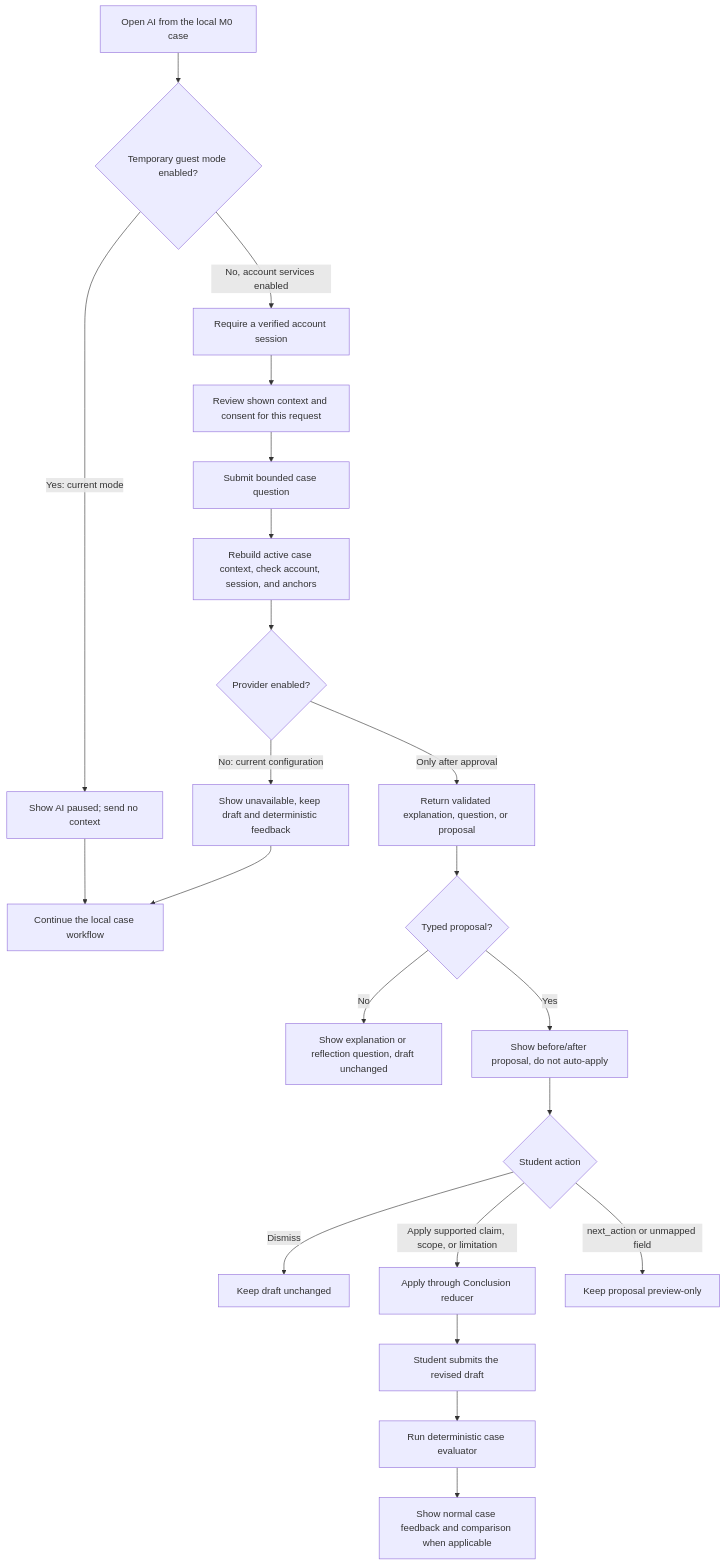
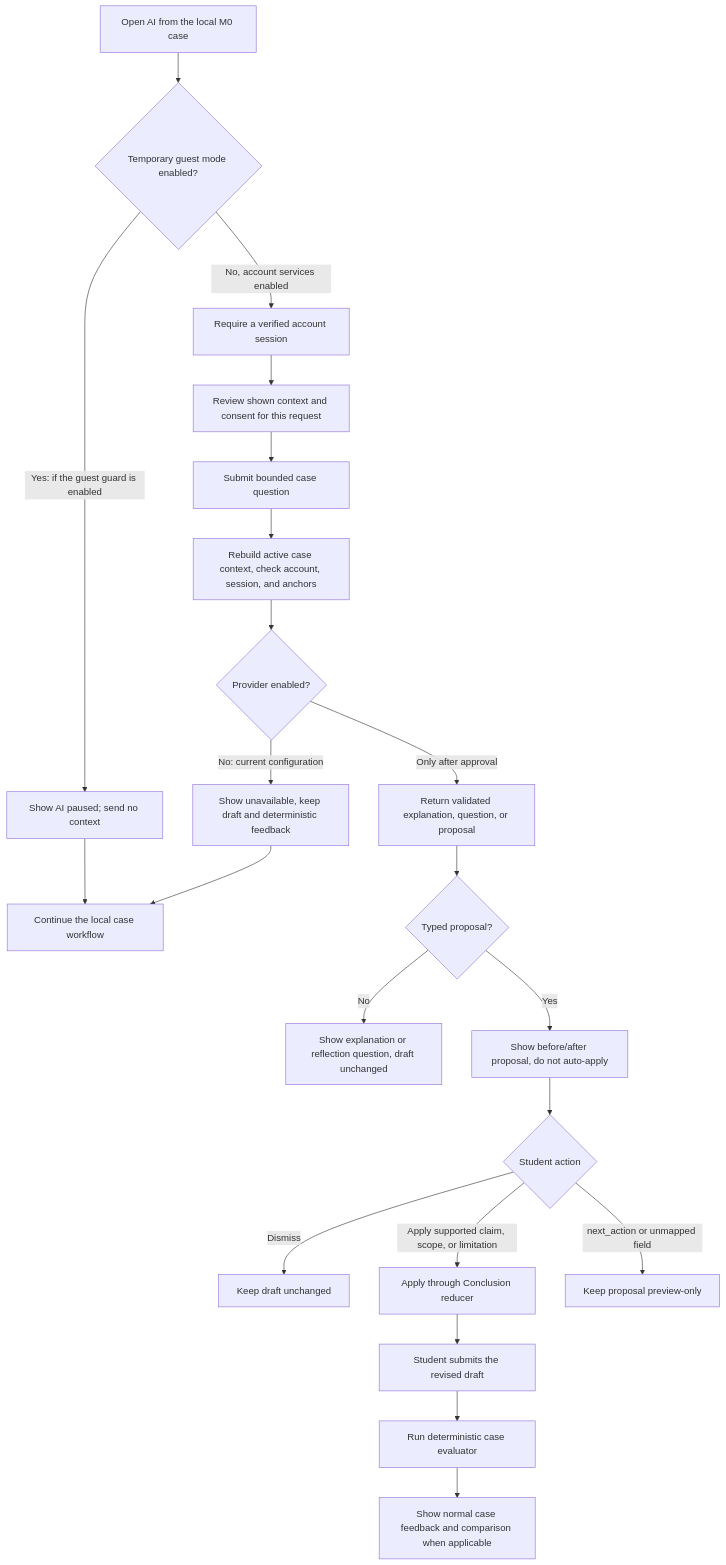
The tenth of 12 diagrams in docs/product/workflows.md (AndroLay/evidrilo), drawn with Mermaid before and after one commit. The commit also changed other lines of this file and 171 other files, not shown here.

```diff
--- a/docs/product/workflows.md
+++ b/docs/product/workflows.md
@@ -528,24 +546,24 @@
 ~~~mermaid
 flowchart TD
     Case[Open AI from the local M0 case] --> GuestMode{Temporary guest mode enabled?}
-    GuestMode -->|Yes: current mode| Paused[Show AI paused; send no context]
+    GuestMode -->|Yes: if the guest guard is enabled| Paused[Show AI paused; send no context]
     Paused --> Manual[Continue the local case workflow]
     GuestMode -->|No, account services enabled| Auth[Require a verified account session]
     Auth --> Consent[Review shown context and consent for this request]
     Consent --> Send[Submit bounded case question]
     Send --> API[Rebuild active case context, check account, session, and anchors]
     API --> Provider{Provider enabled?}
     Provider -->|No: current configuration| Unavailable[Show unavailable, keep draft and deterministic feedback]
     Provider -->|Only after approval| Response[Return validated explanation, question, or proposal]
     Response --> Kind{Typed proposal?}
     Kind -->|No| Explain[Show explanation or reflection question, draft unchanged]
     Kind -->|Yes| Preview[Show before/after proposal, do not auto-apply]
     Preview --> Choice{Student action}
     Choice -->|Dismiss| Unchanged[Keep draft unchanged]
     Choice -->|Apply supported claim, scope, or limitation| Reducer[Apply through Conclusion reducer]
     Choice -->|next_action or unmapped field| ReadOnly[Keep proposal preview-only]
     Reducer --> Submit[Student submits the revised draft]
     Submit --> Evaluate[Run deterministic case evaluator]
     Evaluate --> Result[Show normal case feedback and comparison when applicable]
     Unavailable --> Manual
 ~~~
```
